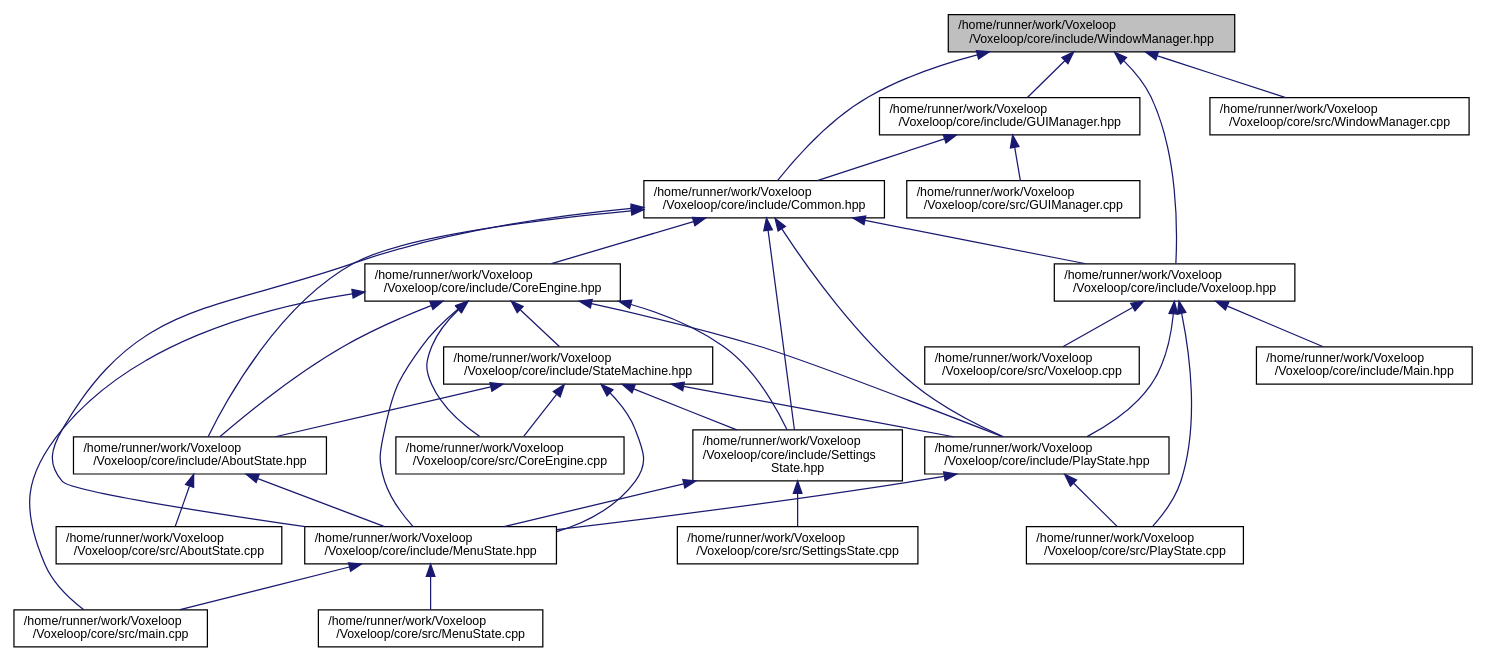
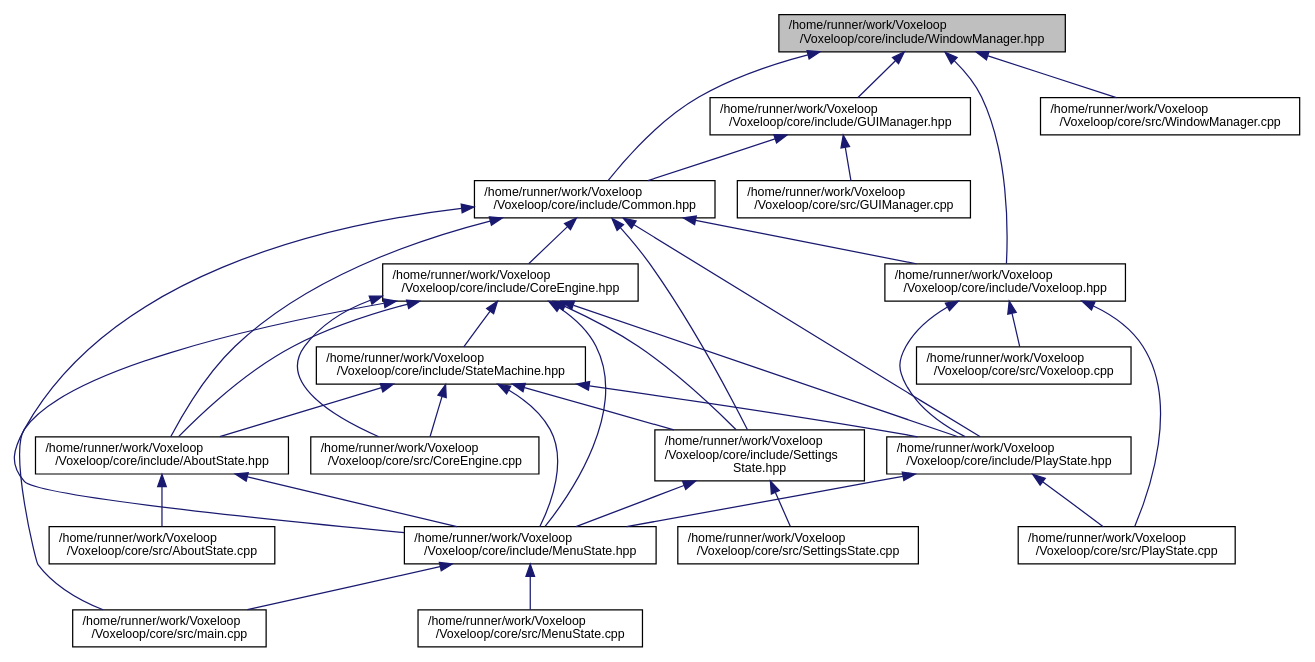
One commit to jarp0l/Voxeloop changed the diagram in docs/WindowManager_8hpp__dep__incl.dot. Above: the diagram before and after it, drawn with Graphviz. The commit also changed 109 other files, not shown here.

```diff
--- a/docs/WindowManager_8hpp__dep__incl.dot
+++ b/docs/WindowManager_8hpp__dep__incl.dot
@@ -1,63 +1,61 @@
 digraph "/home/runner/work/Voxeloop/Voxeloop/core/include/WindowManager.hpp"
 {
  // INTERACTIVE_SVG=YES
  // LATEX_PDF_SIZE
   edge [fontname="Helvetica",fontsize="10",labelfontname="Helvetica",labelfontsize="10"];
   node [fontname="Helvetica",fontsize="10",shape=record];
   Node1 [label="/home/runner/work/Voxeloop\l/Voxeloop/core/include/WindowManager.hpp",height=0.2,width=0.4,color="black", fillcolor="grey75", style="filled", fontcolor="black",tooltip=" "];
   Node1 -> Node2 [dir="back",color="midnightblue",fontsize="10",style="solid",fontname="Helvetica"];
   Node2 [label="/home/runner/work/Voxeloop\l/Voxeloop/core/include/GUIManager.hpp",height=0.2,width=0.4,color="black", fillcolor="white", style="filled",URL="$GUIManager_8hpp.html",tooltip=" "];
   Node2 -> Node3 [dir="back",color="midnightblue",fontsize="10",style="solid",fontname="Helvetica"];
   Node3 [label="/home/runner/work/Voxeloop\l/Voxeloop/core/include/Common.hpp",height=0.2,width=0.4,color="black", fillcolor="white", style="filled",URL="$Common_8hpp.html",tooltip=" "];
   Node3 -> Node4 [dir="back",color="midnightblue",fontsize="10",style="solid",fontname="Helvetica"];
   Node4 [label="/home/runner/work/Voxeloop\l/Voxeloop/core/include/AboutState.hpp",height=0.2,width=0.4,color="black", fillcolor="white", style="filled",URL="$AboutState_8hpp.html",tooltip=" "];
   Node4 -> Node5 [dir="back",color="midnightblue",fontsize="10",style="solid",fontname="Helvetica"];
   Node5 [label="/home/runner/work/Voxeloop\l/Voxeloop/core/include/MenuState.hpp",height=0.2,width=0.4,color="black", fillcolor="white", style="filled",URL="$MenuState_8hpp.html",tooltip=" "];
   Node5 -> Node6 [dir="back",color="midnightblue",fontsize="10",style="solid",fontname="Helvetica"];
   Node6 [label="/home/runner/work/Voxeloop\l/Voxeloop/core/src/main.cpp",height=0.2,width=0.4,color="black", fillcolor="white", style="filled",URL="$main_8cpp.html",tooltip=" "];
   Node5 -> Node7 [dir="back",color="midnightblue",fontsize="10",style="solid",fontname="Helvetica"];
   Node7 [label="/home/runner/work/Voxeloop\l/Voxeloop/core/src/MenuState.cpp",height=0.2,width=0.4,color="black", fillcolor="white", style="filled",URL="$MenuState_8cpp.html",tooltip=" "];
   Node4 -> Node8 [dir="back",color="midnightblue",fontsize="10",style="solid",fontname="Helvetica"];
   Node8 [label="/home/runner/work/Voxeloop\l/Voxeloop/core/src/AboutState.cpp",height=0.2,width=0.4,color="black", fillcolor="white", style="filled",URL="$AboutState_8cpp.html",tooltip=" "];
   Node3 -> Node9 [dir="back",color="midnightblue",fontsize="10",style="solid",fontname="Helvetica"];
   Node9 [label="/home/runner/work/Voxeloop\l/Voxeloop/core/include/CoreEngine.hpp",height=0.2,width=0.4,color="black", fillcolor="white", style="filled",URL="$CoreEngine_8hpp.html",tooltip=" "];
   Node9 -> Node4 [dir="back",color="midnightblue",fontsize="10",style="solid",fontname="Helvetica"];
   Node9 -> Node10 [dir="back",color="midnightblue",fontsize="10",style="solid",fontname="Helvetica"];
   Node10 [label="/home/runner/work/Voxeloop\l/Voxeloop/core/include/StateMachine.hpp",height=0.2,width=0.4,color="black", fillcolor="white", style="filled",URL="$StateMachine_8hpp.html",tooltip=" "];
   Node10 -> Node4 [dir="back",color="midnightblue",fontsize="10",style="solid",fontname="Helvetica"];
   Node10 -> Node11 [dir="back",color="midnightblue",fontsize="10",style="solid",fontname="Helvetica"];
   Node11 [label="/home/runner/work/Voxeloop\l/Voxeloop/core/include/PlayState.hpp",height=0.2,width=0.4,color="black", fillcolor="white", style="filled",URL="$PlayState_8hpp.html",tooltip=" "];
   Node11 -> Node5 [dir="back",color="midnightblue",fontsize="10",style="solid",fontname="Helvetica"];
   Node11 -> Node12 [dir="back",color="midnightblue",fontsize="10",style="solid",fontname="Helvetica"];
   Node12 [label="/home/runner/work/Voxeloop\l/Voxeloop/core/src/PlayState.cpp",height=0.2,width=0.4,color="black", fillcolor="white", style="filled",URL="$PlayState_8cpp.html",tooltip=" "];
   Node10 -> Node13 [dir="back",color="midnightblue",fontsize="10",style="solid",fontname="Helvetica"];
   Node13 [label="/home/runner/work/Voxeloop\l/Voxeloop/core/include/Settings\lState.hpp",height=0.2,width=0.4,color="black", fillcolor="white", style="filled",URL="$SettingsState_8hpp.html",tooltip=" "];
   Node13 -> Node5 [dir="back",color="midnightblue",fontsize="10",style="solid",fontname="Helvetica"];
   Node13 -> Node14 [dir="back",color="midnightblue",fontsize="10",style="solid",fontname="Helvetica"];
   Node14 [label="/home/runner/work/Voxeloop\l/Voxeloop/core/src/SettingsState.cpp",height=0.2,width=0.4,color="black", fillcolor="white", style="filled",URL="$SettingsState_8cpp.html",tooltip=" "];
   Node10 -> Node5 [dir="back",color="midnightblue",fontsize="10",style="solid",fontname="Helvetica"];
   Node10 -> Node15 [dir="back",color="midnightblue",fontsize="10",style="solid",fontname="Helvetica"];
   Node15 [label="/home/runner/work/Voxeloop\l/Voxeloop/core/src/CoreEngine.cpp",height=0.2,width=0.4,color="black", fillcolor="white", style="filled",URL="$CoreEngine_8cpp.html",tooltip=" "];
   Node9 -> Node5 [dir="back",color="midnightblue",fontsize="10",style="solid",fontname="Helvetica"];
   Node9 -> Node11 [dir="back",color="midnightblue",fontsize="10",style="solid",fontname="Helvetica"];
   Node9 -> Node13 [dir="back",color="midnightblue",fontsize="10",style="solid",fontname="Helvetica"];
   Node9 -> Node15 [dir="back",color="midnightblue",fontsize="10",style="solid",fontname="Helvetica"];
   Node9 -> Node6 [dir="back",color="midnightblue",fontsize="10",style="solid",fontname="Helvetica"];
+  Node3 -> Node5 [dir="back",color="midnightblue",fontsize="10",style="solid",fontname="Helvetica"];
+  Node3 -> Node11 [dir="back",color="midnightblue",fontsize="10",style="solid",fontname="Helvetica"];
   Node3 -> Node16 [dir="back",color="midnightblue",fontsize="10",style="solid",fontname="Helvetica"];
   Node16 [label="/home/runner/work/Voxeloop\l/Voxeloop/core/include/Voxeloop.hpp",height=0.2,width=0.4,color="black", fillcolor="white", style="filled",URL="$Voxeloop_8hpp.html",tooltip=" "];
-  Node16 -> Node17 [dir="back",color="midnightblue",fontsize="10",style="solid",fontname="Helvetica"];
-  Node17 [label="/home/runner/work/Voxeloop\l/Voxeloop/core/include/Main.hpp",height=0.2,width=0.4,color="black", fillcolor="white", style="filled",URL="$Main_8hpp.html",tooltip=" "];
   Node16 -> Node11 [dir="back",color="midnightblue",fontsize="10",style="solid",fontname="Helvetica"];
   Node16 -> Node12 [dir="back",color="midnightblue",fontsize="10",style="solid",fontname="Helvetica"];
-  Node16 -> Node18 [dir="back",color="midnightblue",fontsize="10",style="solid",fontname="Helvetica"];
-  Node18 [label="/home/runner/work/Voxeloop\l/Voxeloop/core/src/Voxeloop.cpp",height=0.2,width=0.4,color="black", fillcolor="white", style="filled",URL="$Voxeloop_8cpp.html",tooltip=" "];
-  Node3 -> Node5 [dir="back",color="midnightblue",fontsize="10",style="solid",fontname="Helvetica"];
-  Node3 -> Node11 [dir="back",color="midnightblue",fontsize="10",style="solid",fontname="Helvetica"];
+  Node16 -> Node17 [dir="back",color="midnightblue",fontsize="10",style="solid",fontname="Helvetica"];
+  Node17 [label="/home/runner/work/Voxeloop\l/Voxeloop/core/src/Voxeloop.cpp",height=0.2,width=0.4,color="black", fillcolor="white", style="filled",URL="$Voxeloop_8cpp.html",tooltip=" "];
   Node3 -> Node13 [dir="back",color="midnightblue",fontsize="10",style="solid",fontname="Helvetica"];
-  Node2 -> Node19 [dir="back",color="midnightblue",fontsize="10",style="solid",fontname="Helvetica"];
-  Node19 [label="/home/runner/work/Voxeloop\l/Voxeloop/core/src/GUIManager.cpp",height=0.2,width=0.4,color="black", fillcolor="white", style="filled",URL="$GUIManager_8cpp.html",tooltip=" "];
+  Node2 -> Node18 [dir="back",color="midnightblue",fontsize="10",style="solid",fontname="Helvetica"];
+  Node18 [label="/home/runner/work/Voxeloop\l/Voxeloop/core/src/GUIManager.cpp",height=0.2,width=0.4,color="black", fillcolor="white", style="filled",URL="$GUIManager_8cpp.html",tooltip=" "];
   Node1 -> Node3 [dir="back",color="midnightblue",fontsize="10",style="solid",fontname="Helvetica"];
   Node1 -> Node16 [dir="back",color="midnightblue",fontsize="10",style="solid",fontname="Helvetica"];
-  Node1 -> Node20 [dir="back",color="midnightblue",fontsize="10",style="solid",fontname="Helvetica"];
-  Node20 [label="/home/runner/work/Voxeloop\l/Voxeloop/core/src/WindowManager.cpp",height=0.2,width=0.4,color="black", fillcolor="white", style="filled",URL="$WindowManager_8cpp.html",tooltip=" "];
+  Node1 -> Node19 [dir="back",color="midnightblue",fontsize="10",style="solid",fontname="Helvetica"];
+  Node19 [label="/home/runner/work/Voxeloop\l/Voxeloop/core/src/WindowManager.cpp",height=0.2,width=0.4,color="black", fillcolor="white", style="filled",URL="$WindowManager_8cpp.html",tooltip=" "];
 }
```
